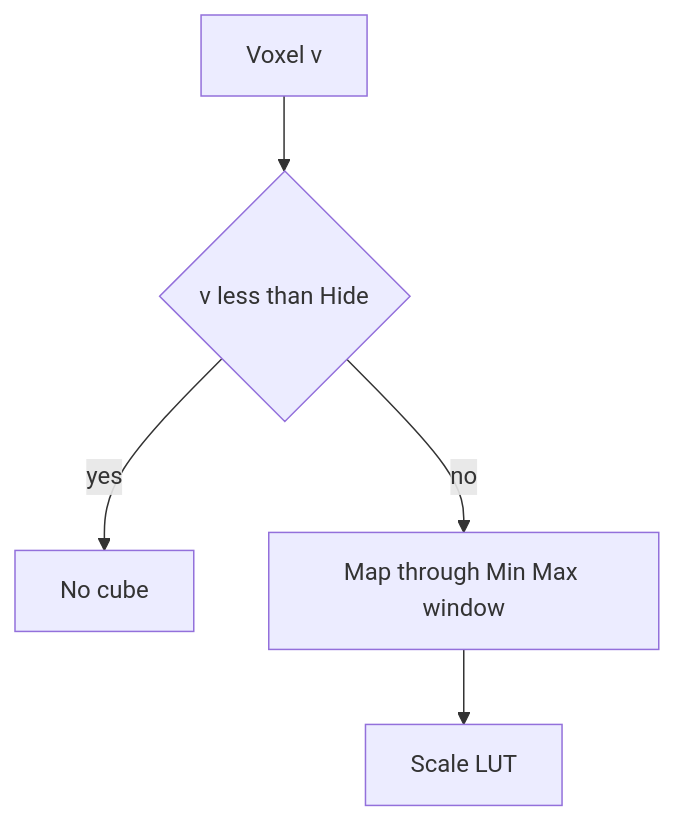
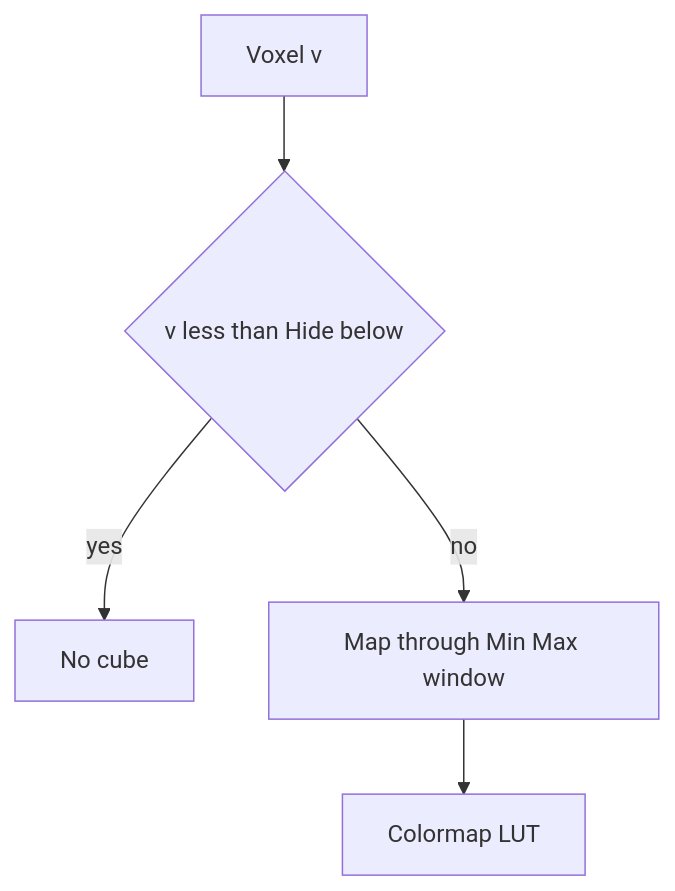
Before and after one commit to PiMaV/DONNER: diagram 18 of 25 in docs/gui.md, drawn with Mermaid. The commit also changed other lines of this file and 41 other files, not shown here.

````diff
--- a/docs/gui.md
+++ b/docs/gui.md
@@ -513,7 +536,7 @@
 ```mermaid
 flowchart TB
-  v[Voxel v] --> hide{"v less than Hide"}
+  v[Voxel v] --> hide{"v less than Hide below"}
   hide -->|yes| gone[No cube]
   hide -->|no| win[Map through Min Max window]
-  win --> scale[Scale LUT]
+  win --> scale[Colormap LUT]
 ```
````
